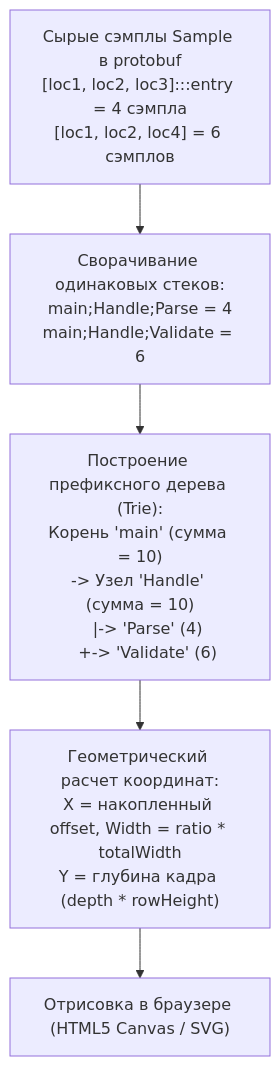
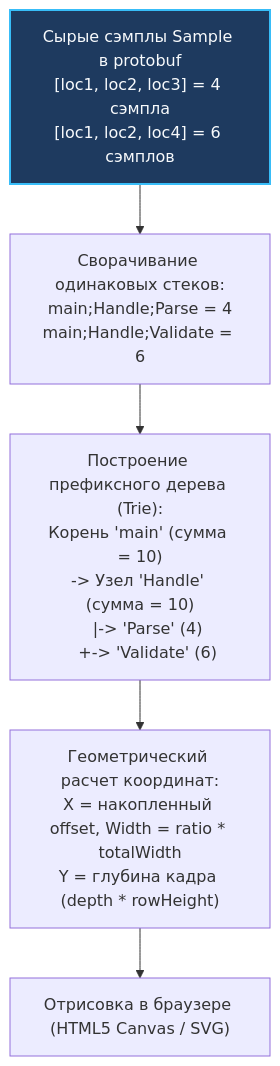
The fourth of 6 diagrams in sources/16. Профилирование, отладка и производительность/03. CPU profiling/3. Flamegraph.md (UnrealTemplier/go-textbook-ru), drawn with Mermaid before and after one commit. The commit also changed 40 other files, not shown here.

First line of the commit message:
fix(mermaid): move :::class out of 48 quoted node labels

````diff
--- a/sources/16. Профилирование, отладка и производительность/03. CPU profiling/3. Flamegraph.md
+++ b/sources/16. Профилирование, отладка и производительность/03. CPU profiling/3. Flamegraph.md
@@ -220,17 +220,17 @@
 ```mermaid
 flowchart TD
     classDef process  fill:#1e293b,stroke:#38bdf8,stroke-width:1px,color:#f8fafc
     classDef success  fill:#064e3b,stroke:#34d399,stroke-width:1px,color:#f8fafc
     classDef error    fill:#7f1d1d,stroke:#f87171,stroke-width:1px,color:#f8fafc
     classDef warning  fill:#78350f,stroke:#fbbf24,stroke-width:1px,color:#f8fafc
     classDef entry    fill:#1e3a5f,stroke:#38bdf8,stroke-width:2px,color:#f8fafc
     classDef aux      fill:#334155,stroke:#64748b,stroke-width:1px,color:#f8fafc
     classDef system   fill:#312e81,stroke:#a78bfa,stroke-width:1px,color:#f8fafc
     classDef data     fill:#132d29,stroke:#2dd4bf,stroke-width:1px,color:#f8fafc
     classDef network  fill:#881337,stroke:#fb7185,stroke-width:1px,color:#f8fafc
     classDef accent   fill:#1e1b4b,stroke:#818cf8,stroke-width:1px,color:#f8fafc
-    Samples["Сырые сэмплы Sample в protobuf<br>[loc1, loc2, loc3]:::entry = 4 сэмпла<br>[loc1, loc2, loc4] = 6 сэмплов"] --> Collapse["Сворачивание одинаковых стеков:<br>main;Handle;Parse = 4<br>main;Handle;Validate = 6"]
+    Samples["Сырые сэмплы Sample в protobuf<br>[loc1, loc2, loc3] = 4 сэмпла<br>[loc1, loc2, loc4] = 6 сэмплов"]:::entry --> Collapse["Сворачивание одинаковых стеков:<br>main;Handle;Parse = 4<br>main;Handle;Validate = 6"]
     Collapse --> Tree["Построение префиксного дерева (Trie):<br>Корень 'main' (сумма = 10)<br>-> Узел 'Handle' (сумма = 10)<br>   |-> 'Parse' (4)<br>   +-> 'Validate' (6)"]
     Tree --> Layout["Геометрический расчет координат:<br>X = накопленный offset, Width = ratio * totalWidth<br>Y = глубина кадра (depth * rowHeight)"]
     Layout --> DOM["Отрисовка в браузере (HTML5 Canvas / SVG)"]
 ```
````
